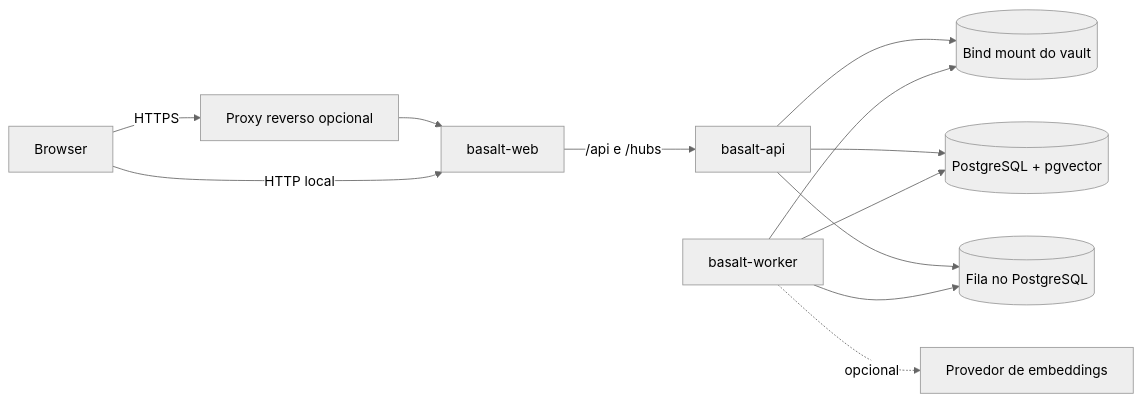
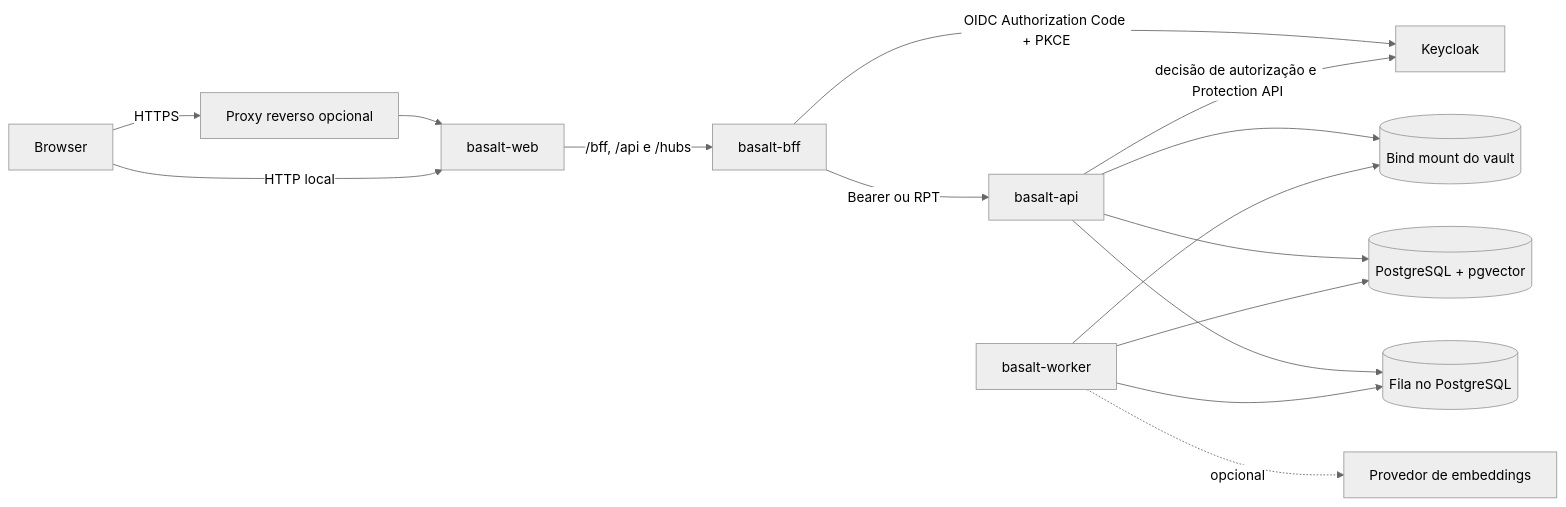
One commit to altivy-it/nodra changed the diagram in README.md. Above: the diagram before and after it, drawn with Mermaid (neutral theme). The commit also changed other lines of this file and 51 other files, not shown here.

First line of the commit message:
feat: add BFF integration plan with Keycloak and implement repository validation scripts

````diff
--- a/README.md
+++ b/README.md
@@ -115,14 +116,17 @@
 ```mermaid
 flowchart LR
     U[Browser] -->|HTTPS| P[Proxy reverso opcional]
     P --> W[basalt-web]
     U -->|HTTP local| W
-    W -->|/api e /hubs| A[basalt-api]
+    W -->|/bff, /api e /hubs| B[basalt-bff]
+    B -->|OIDC Authorization Code + PKCE| KC[Keycloak]
+    B -->|Bearer ou RPT| A[basalt-api]
+    A -->|decisão de autorização e Protection API| KC
     A --> V[(Bind mount do vault)]
     A --> D[(PostgreSQL + pgvector)]
     A --> Q[(Fila no PostgreSQL)]
-    K[basalt-worker] --> Q
-    K --> V
-    K --> D
-    K -. opcional .-> E[Provedor de embeddings]
+    R[basalt-worker] --> Q
+    R --> V
+    R --> D
+    R -. opcional .-> E[Provedor de embeddings]
 ```
````
